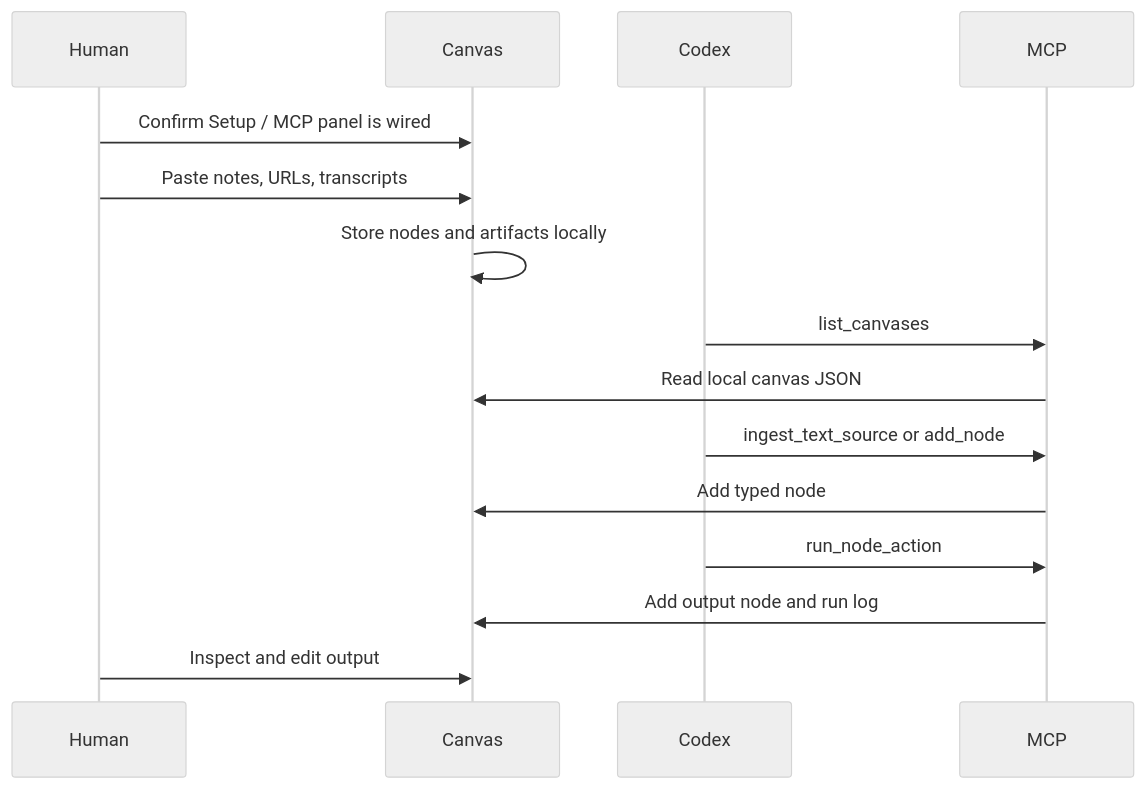
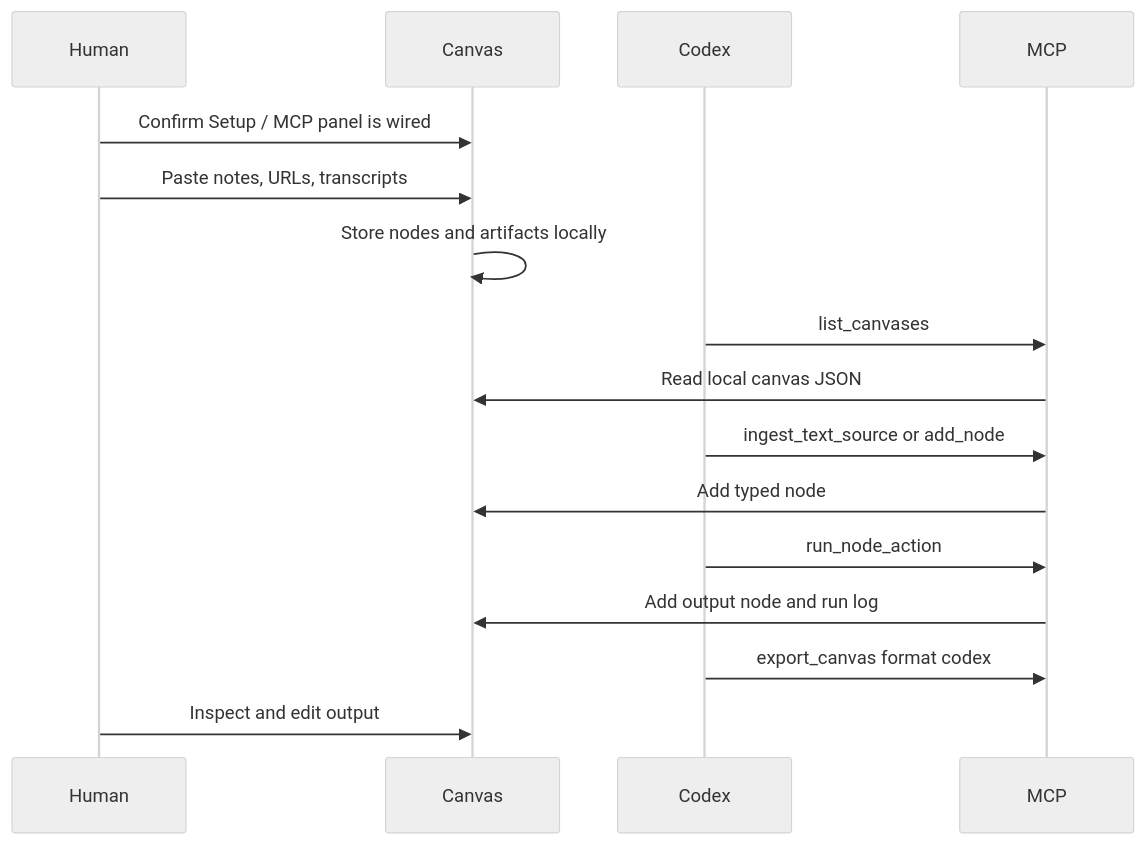
One commit to frankxai/starlight-agent-canvas changed the second of 2 diagrams in docs/user-flows.md. Above: the diagram before and after it, drawn with Mermaid (neutral theme). The commit also changed other lines of this file and 27 other files, not shown here.

Commit message:
feat: add codex handoff export

````diff
--- a/docs/user-flows.md
+++ b/docs/user-flows.md
@@ -92,18 +92,19 @@
 ```mermaid
 sequenceDiagram
   participant Human
   participant Canvas
   participant Codex
   participant MCP
 
   Human->>Canvas: Confirm Setup / MCP panel is wired
   Human->>Canvas: Paste notes, URLs, transcripts
   Canvas->>Canvas: Store nodes and artifacts locally
   Codex->>MCP: list_canvases
   MCP->>Canvas: Read local canvas JSON
   Codex->>MCP: ingest_text_source or add_node
   MCP->>Canvas: Add typed node
   Codex->>MCP: run_node_action
   MCP->>Canvas: Add output node and run log
+  Codex->>MCP: export_canvas format codex
   Human->>Canvas: Inspect and edit output
 ```
````
